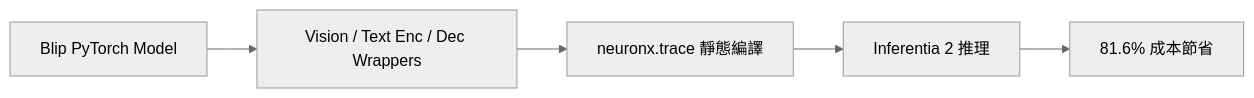
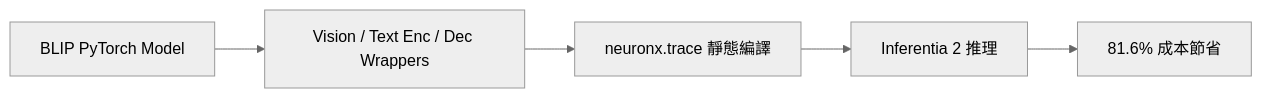
The third of 3 diagrams in src/content/blog/59-aws-inferentia-tomofun-furbo.md (poirotw66/poirotw66.github.io), drawn with Mermaid (neutral theme) before and after one commit. The commit also changed other lines of this file, not shown here.

````diff
--- a/src/content/blog/59-aws-inferentia-tomofun-furbo.md
+++ b/src/content/blog/59-aws-inferentia-tomofun-furbo.md
@@ -141,10 +253,10 @@
 ```mermaid
 flowchart LR
-  Blip[Blip PyTorch Model]
+  BLIP[BLIP PyTorch Model]
   Wrap[Vision / Text Enc / Dec Wrappers]
   Trace[neuronx.trace 靜態編譯]
   Inf2[Inferentia 2 推理]
   Save[81.6% 成本節省]
 
-  Blip --> Wrap --> Trace --> Inf2 --> Save
+  BLIP --> Wrap --> Trace --> Inf2 --> Save
 ```
````
